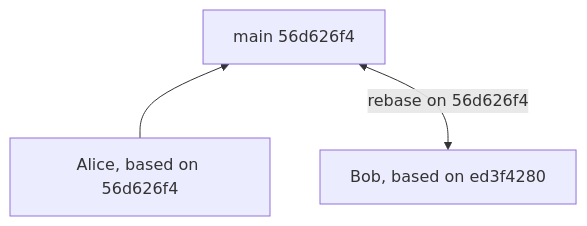
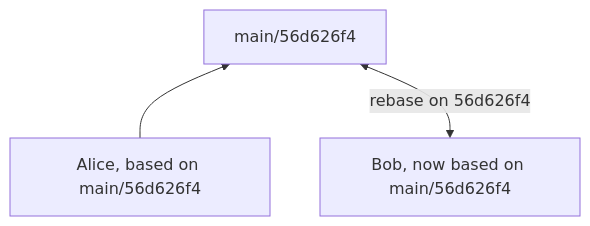
Before and after one commit to ScottArbeit/Grace: the fourth of 4 diagrams in docs/Branching strategy.md, drawn with Mermaid. The commit also changed other lines of this file and 1 other file, not shown here.

````diff
--- a/docs/Branching strategy.md
+++ b/docs/Branching strategy.md
@@ -45,5 +87,5 @@
 ```mermaid
 flowchart BT
-    Alice[Alice, based on 56d626f4]-->main[main 56d626f4]
-    Bob[Bob, based on ed3f4280]<-->|rebase on 56d626f4|main[main 56d626f4]
+    Alice[Alice, based on main/56d626f4]-->main[main/56d626f4]
+    Bob[Bob, now based on main/56d626f4]<-->|rebase on 56d626f4|main[main/56d626f4]
 ```
````
